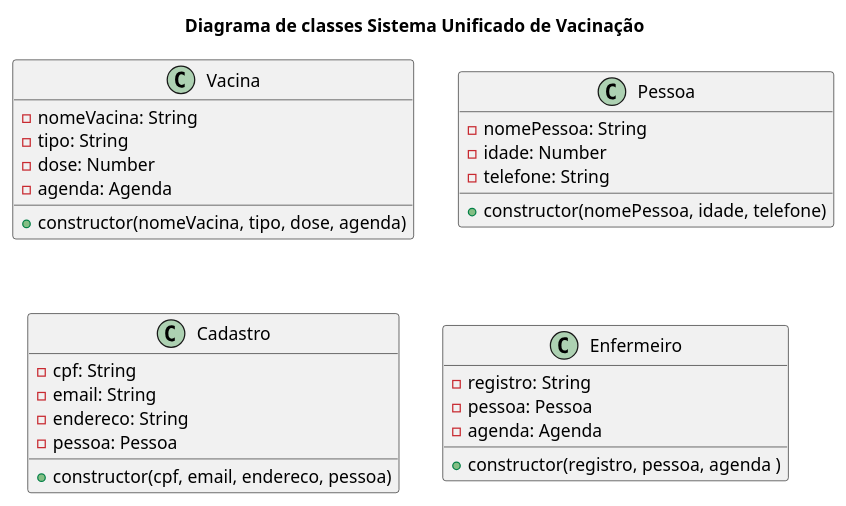
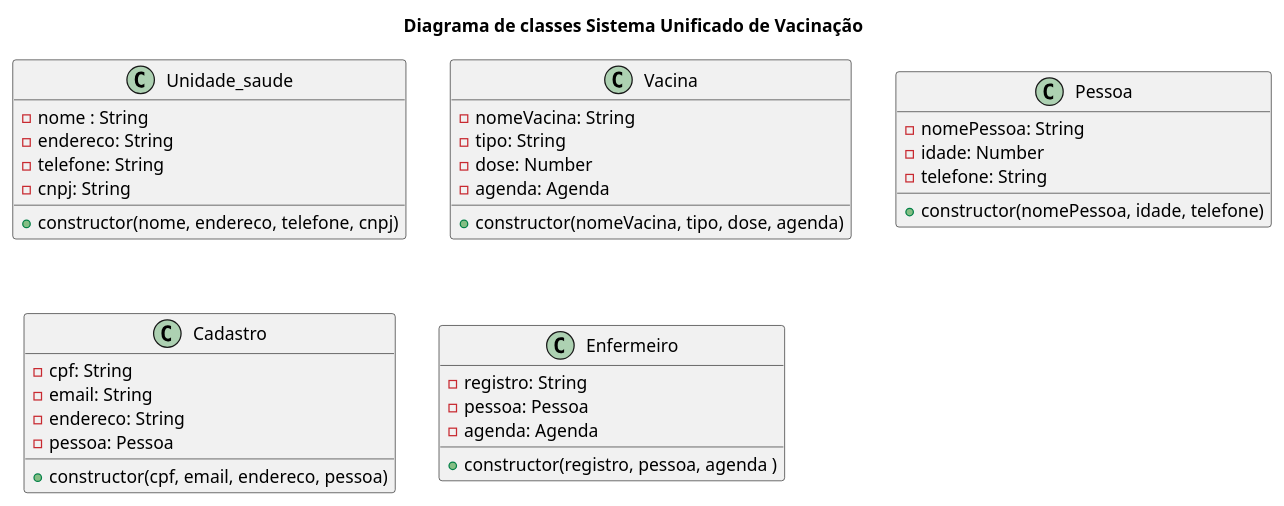
The diagram in diagrama_classe.plantuml (anleaes/2022-1-N2-POO-01), drawn with PlantUML before and after one commit.

Commit message:
implementacao da classe unidade_saude no diagrama

```diff
--- a/diagrama_classe.plantuml
+++ b/diagrama_classe.plantuml
@@ -1,36 +1,46 @@
 @startuml
 
 title Diagrama de classes Sistema Unificado de Vacinação
+
+class Unidade_saude{
+    - nome : String
+    - endereco: String
+    - telefone: String
+    - cnpj: String
+    + constructor(nome, endereco, telefone, cnpj)
+}
+
 
 Class Vacina{
     - nomeVacina: String
     - tipo: String
     - dose: Number
     - agenda: Agenda
     + constructor(nomeVacina, tipo, dose, agenda)
 }
 
 class Pessoa{
     - nomePessoa: String
     - idade: Number
     - telefone: String
     + constructor(nomePessoa, idade, telefone)
 }
 
 class Cadastro {
     - cpf: String
     - email: String
     - endereco: String
     - pessoa: Pessoa
     + constructor(cpf, email, endereco, pessoa)
 }
 
 class Enfermeiro {
     - registro: String
     - pessoa: Pessoa
     - agenda: Agenda
     + constructor(registro, pessoa, agenda )
 }
 
 
+
 @enduml
```
